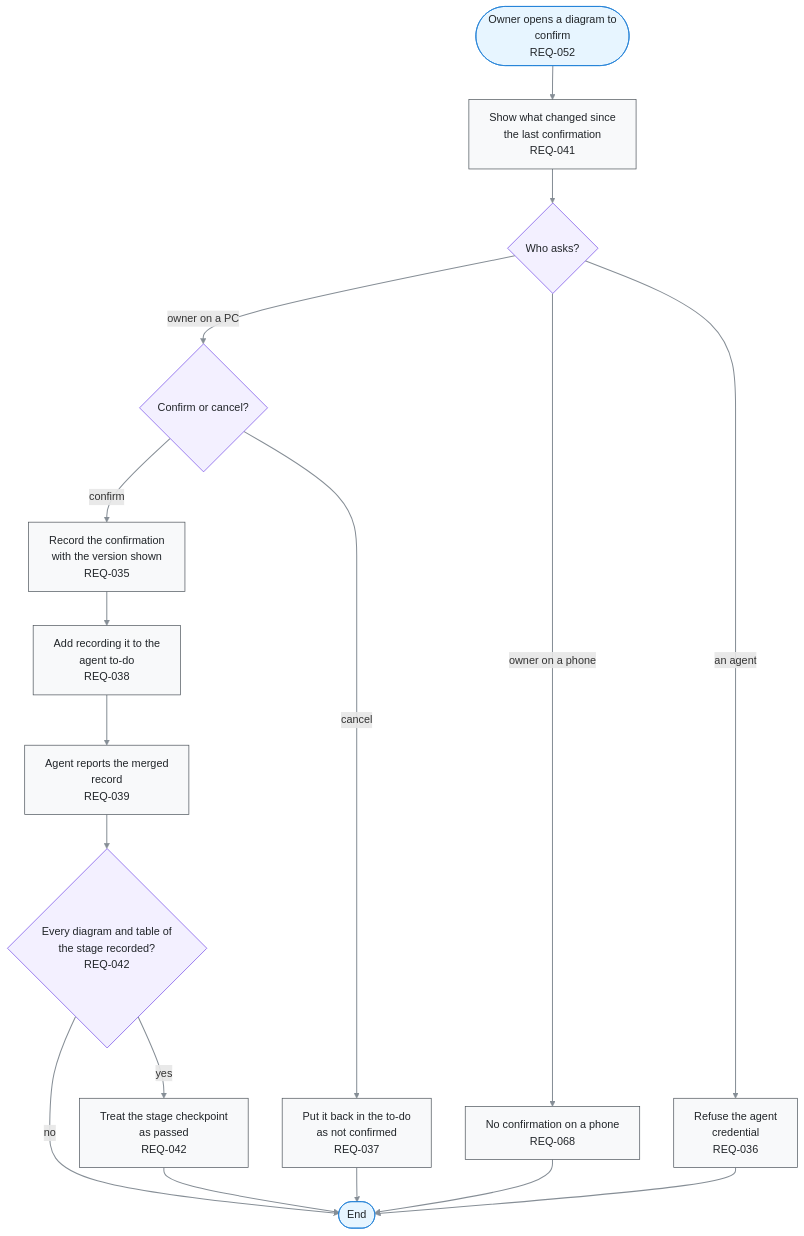
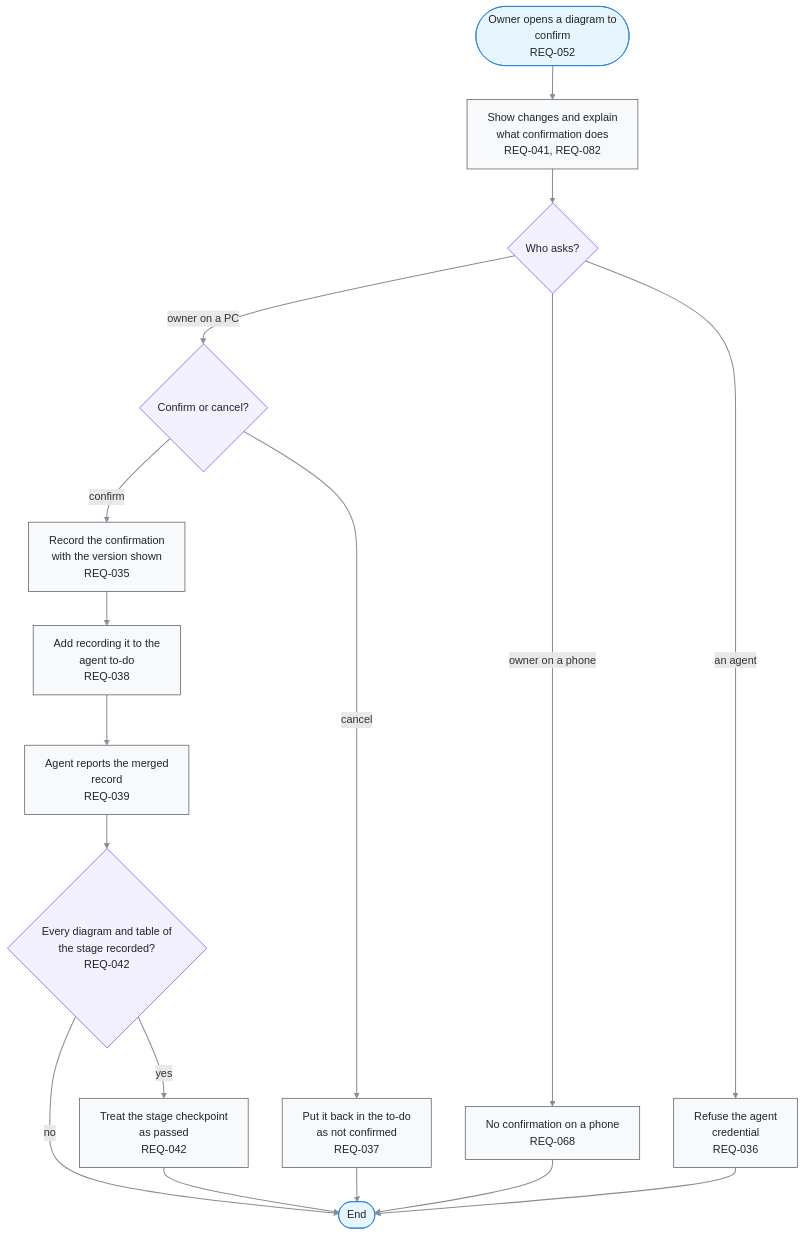
One commit to kodonghui/corthex-nexus changed the diagram in docs/03-user-flow/FL-006-confirm-a-diagram.md. Above: the diagram before and after it, drawn with Mermaid. The commit also changed other lines of this file and 45 other files, not shown here.

First line of the commit message:
Explain empty stages and confirmation steps (#173)

````diff
--- a/docs/03-user-flow/FL-006-confirm-a-diagram.md
+++ b/docs/03-user-flow/FL-006-confirm-a-diagram.md
@@ -9,42 +9,42 @@
 ```mermaid
 flowchart TD
   A(["Owner opens a diagram to<br/>confirm<br/>REQ-052"])
-  B["Show what changed since<br/>the last confirmation<br/>REQ-041"]
+  B["Show changes and explain<br/>what confirmation does<br/>REQ-041, REQ-082"]
   C{"Who asks?"}
   D{"Confirm or cancel?"}
   E["Record the confirmation<br/>with the version shown<br/>REQ-035"]
   F["Add recording it to the<br/>agent to-do<br/>REQ-038"]
   G["Agent reports the merged<br/>record<br/>REQ-039"]
   H{"Every diagram and table of<br/>the stage recorded?<br/>REQ-042"}
   I["Treat the stage checkpoint<br/>as passed<br/>REQ-042"]
   J["Put it back in the to-do<br/>as not confirmed<br/>REQ-037"]
   R1["No confirmation on a phone<br/>REQ-068"]
   R2["Refuse the agent<br/>credential<br/>REQ-036"]
   Z(["End"])
   A e1@--> B
   B e2@--> C
   C e3@-->|owner on a PC| D
   C e4@-->|owner on a phone| R1
   C e5@-->|an agent| R2
   D e6@-->|confirm| E
   D e7@-->|cancel| J
   E e8@--> F
   F e9@--> G
   G e10@--> H
   H e11@-->|yes| I
   H e12@-->|no| Z
   I e13@--> Z
   J e14@--> Z
   R1 e15@--> Z
   R2 e16@--> Z
   %% legend: below
   classDef term fill:#e7f5ff,stroke:#1c7ed6,color:#212529
   classDef proc fill:#f8f9fa,stroke:#495057,color:#212529
   classDef decide fill:#f3f0ff,stroke:#7048e8,color:#212529
   classDef gap fill:#f1f3f5,stroke:#adb5bd,stroke-dasharray:2 3,color:#495057
   classDef pass stroke:#868e96,stroke-width:1.5px
   class A,Z term
   class B,E,F,G,I,J,R1,R2 proc
   class C,D,H decide
   class e1,e2,e3,e4,e5,e6,e7,e8,e9,e10,e11,e12,e13,e14,e15,e16 pass
 ```
````
